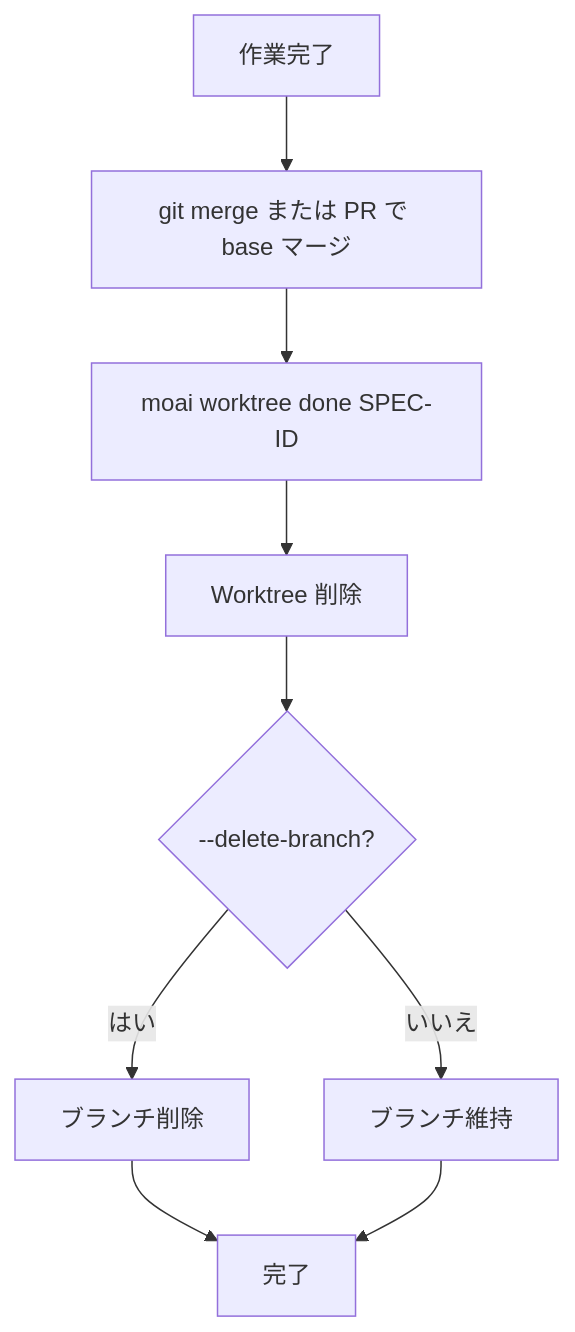
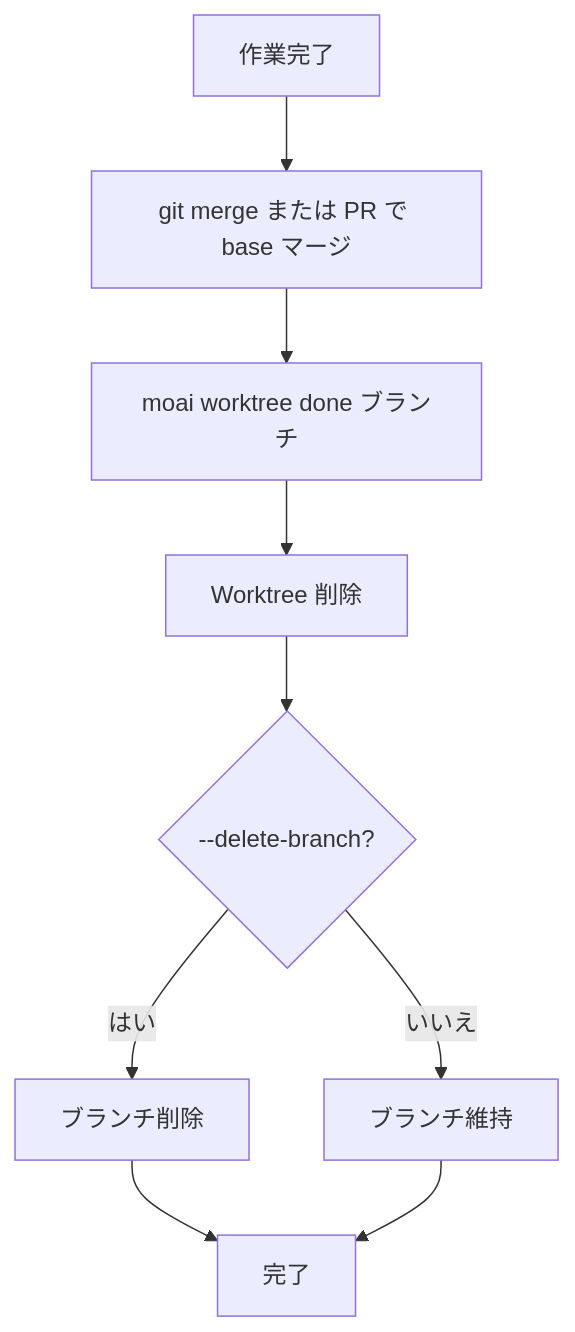
The sixth of 9 diagrams in docs-site/content/ja/worktree/guide.md (modu-ai/moai-adk), drawn with Mermaid before and after one commit. The commit also changed other lines of this file and 35 other files, not shown here.

````diff
--- a/docs-site/content/ja/worktree/guide.md
+++ b/docs-site/content/ja/worktree/guide.md
@@ -450,11 +457,11 @@
 ```mermaid
 flowchart TD
     A[作業完了] --> B[git merge または PR で base マージ]
-    B --> C[moai worktree done SPEC-ID]
+    B --> C[moai worktree done ブランチ]
     C --> D[Worktree 削除]
     D --> E{--delete-branch?}
     E -->|はい| F[ブランチ削除]
     E -->|いいえ| G[ブランチ維持]
     F --> H[完了]
     G --> H[完了]
 ```
````
